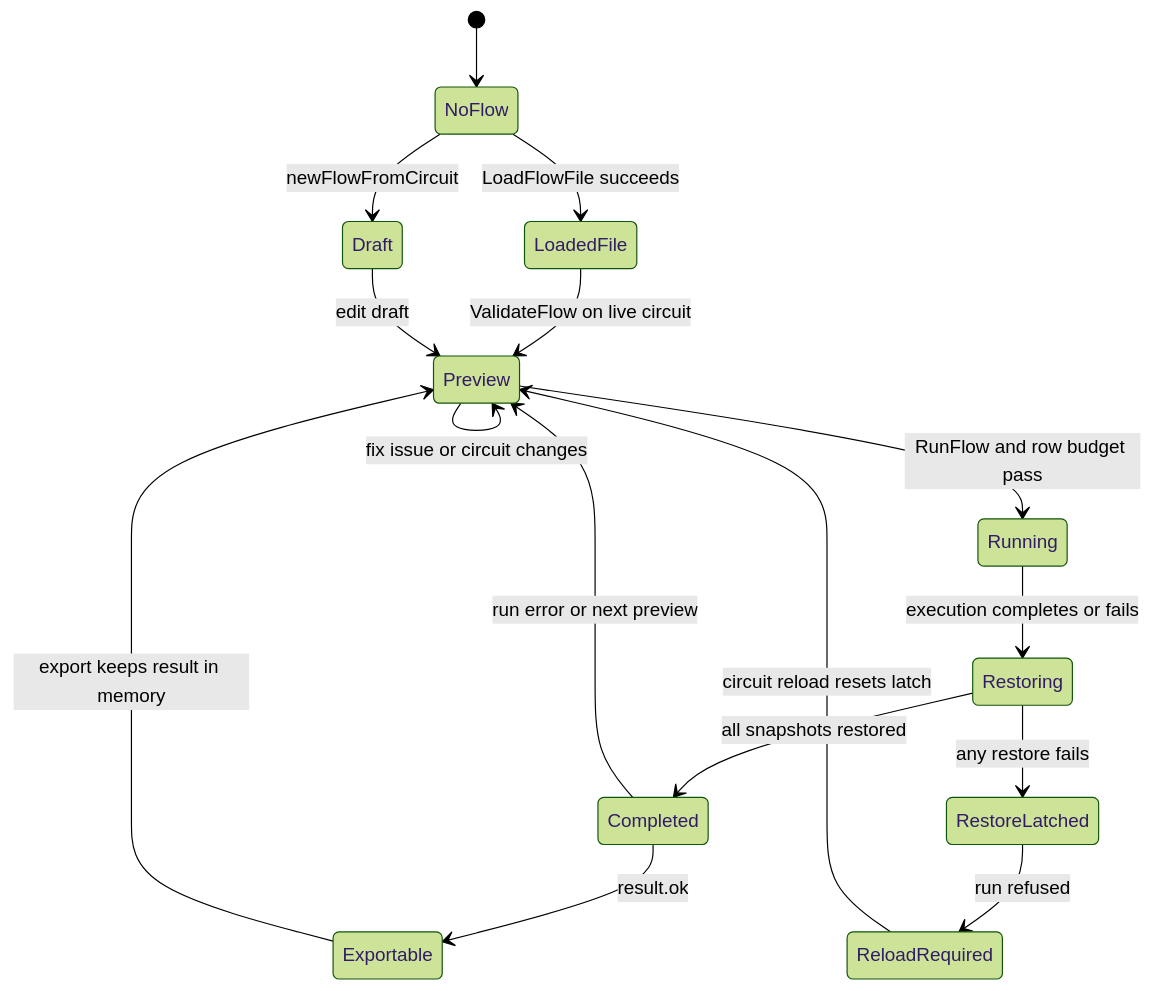
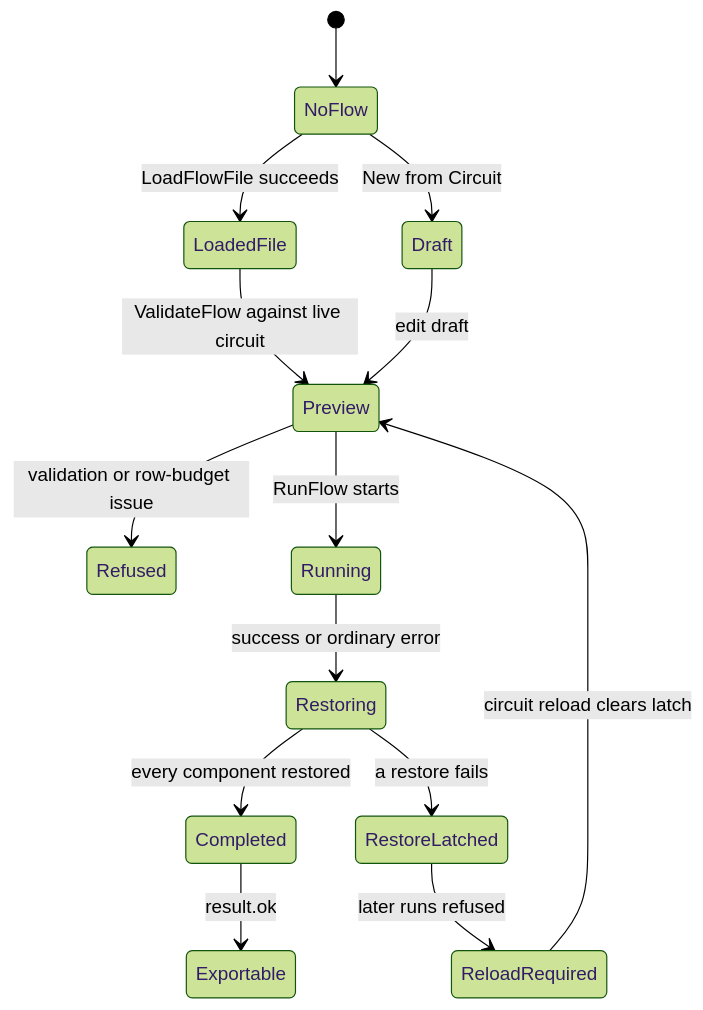
One commit to striderZA/Tiny-RF-Simulator changed the diagram in openwiki/workflows/test-flow.md. Above: the diagram before and after it, drawn with Mermaid (forest theme). The commit also changed other lines of this file and 22 other files, not shown here.

````diff
--- a/openwiki/workflows/test-flow.md
+++ b/openwiki/workflows/test-flow.md
@@ -62,18 +113,16 @@
 ```mermaid
 stateDiagram-v2
     [*] --> NoFlow
     NoFlow --> LoadedFile: LoadFlowFile succeeds
-    NoFlow --> Draft: newFlowFromCircuit
-    LoadedFile --> Preview: ValidateFlow on live circuit
+    NoFlow --> Draft: New from Circuit
+    LoadedFile --> Preview: ValidateFlow against live circuit
     Draft --> Preview: edit draft
-    Preview --> Preview: fix issue or circuit changes
-    Preview --> Running: RunFlow and row budget pass
-    Running --> Restoring: execution completes or fails
-    Restoring --> Completed: all snapshots restored
-    Restoring --> RestoreLatched: any restore fails
+    Preview --> Refused: validation or row-budget issue
+    Preview --> Running: RunFlow starts
+    Running --> Restoring: success or ordinary error
+    Restoring --> Completed: every component restored
+    Restoring --> RestoreLatched: a restore fails
+    RestoreLatched --> ReloadRequired: later runs refused
+    ReloadRequired --> Preview: circuit reload clears latch
     Completed --> Exportable: result.ok
-    Completed --> Preview: run error or next preview
-    RestoreLatched --> ReloadRequired: run refused
-    ReloadRequired --> Preview: circuit reload resets latch
-    Exportable --> Preview: export keeps result in memory
 ```
````
